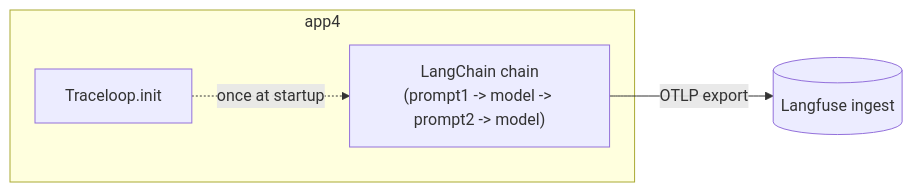
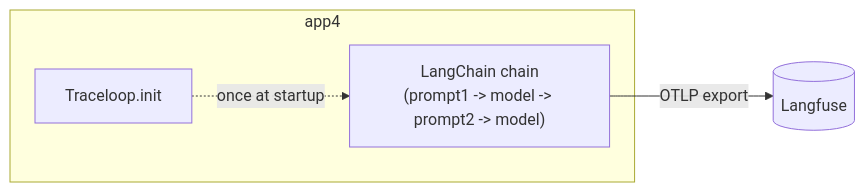
Before and after one commit to optimisuke/hello-langfuse-otel: the fifth of 5 diagrams in doc.md, drawn with Mermaid. The commit also changed other lines of this file, not shown here.

````diff
--- a/doc.md
+++ b/doc.md
@@ -83,8 +83,8 @@
 ```mermaid
 flowchart LR
   subgraph app4
     TL4["Traceloop.init"]
     C4["LangChain chain<br/>(prompt1 -> model -> prompt2 -> model)"]
   end
-  TL4 -.once at startup.-> C4 -->|OTLP export| LF[(Langfuse ingest)]
+  TL4 -.once at startup.-> C4 -->|OTLP export| LF[(Langfuse)]
 ```
````
